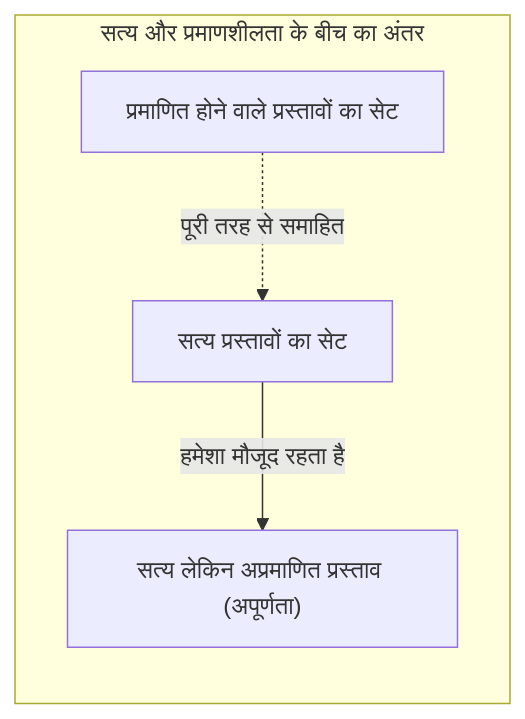
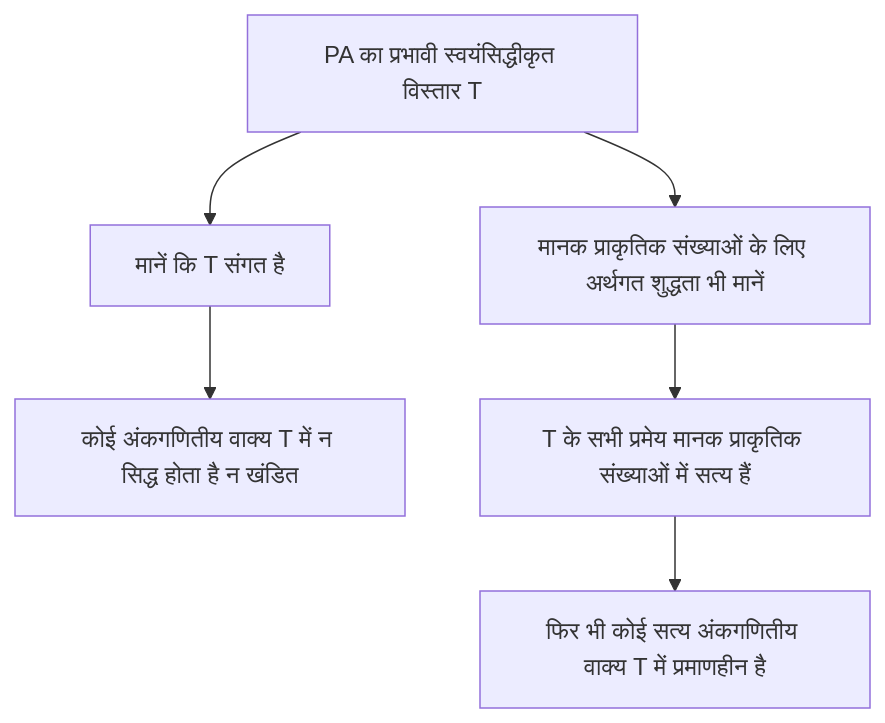
One commit to kenjinote/blog changed the second of 4 diagrams in content/post/godels-incompleteness-theorems/index.hi.md. Above: the diagram before and after it, drawn with Mermaid. The commit also changed other lines of this file and 11 other files, not shown here.

````diff
--- a/content/post/godels-incompleteness-theorems/index.hi.md
+++ b/content/post/godels-incompleteness-theorems/index.hi.md
@@ -62,10 +60,8 @@
 ```mermaid
-graph LR
-    subgraph "सत्य और प्रमाणशीलता के बीच का अंतर"
-        A["सत्य प्रस्तावों का सेट"]
-        B["प्रमाणित होने वाले प्रस्तावों का सेट"]
-        B -.->|"पूरी तरह से समाहित"| A
-        C["सत्य लेकिन अप्रमाणित प्रस्ताव (अपूर्णता)"]
-        A -->|"हमेशा मौजूद रहता है"| C
-    end
+flowchart TD
+    T["PA का प्रभावी स्वयंसिद्धीकृत विस्तार T"] --> C["मानें कि T संगत है"]
+    C --> R["कोई अंकगणितीय वाक्य T में न सिद्ध होता है न खंडित"]
+    T --> S["मानक प्राकृतिक संख्याओं के लिए अर्थगत शुद्धता भी मानें"]
+    S --> Truth["T के सभी प्रमेय मानक प्राकृतिक संख्याओं में सत्य हैं"]
+    Truth --> Gap["फिर भी कोई सत्य अंकगणितीय वाक्य T में प्रमाणहीन है"]
 ```
````
